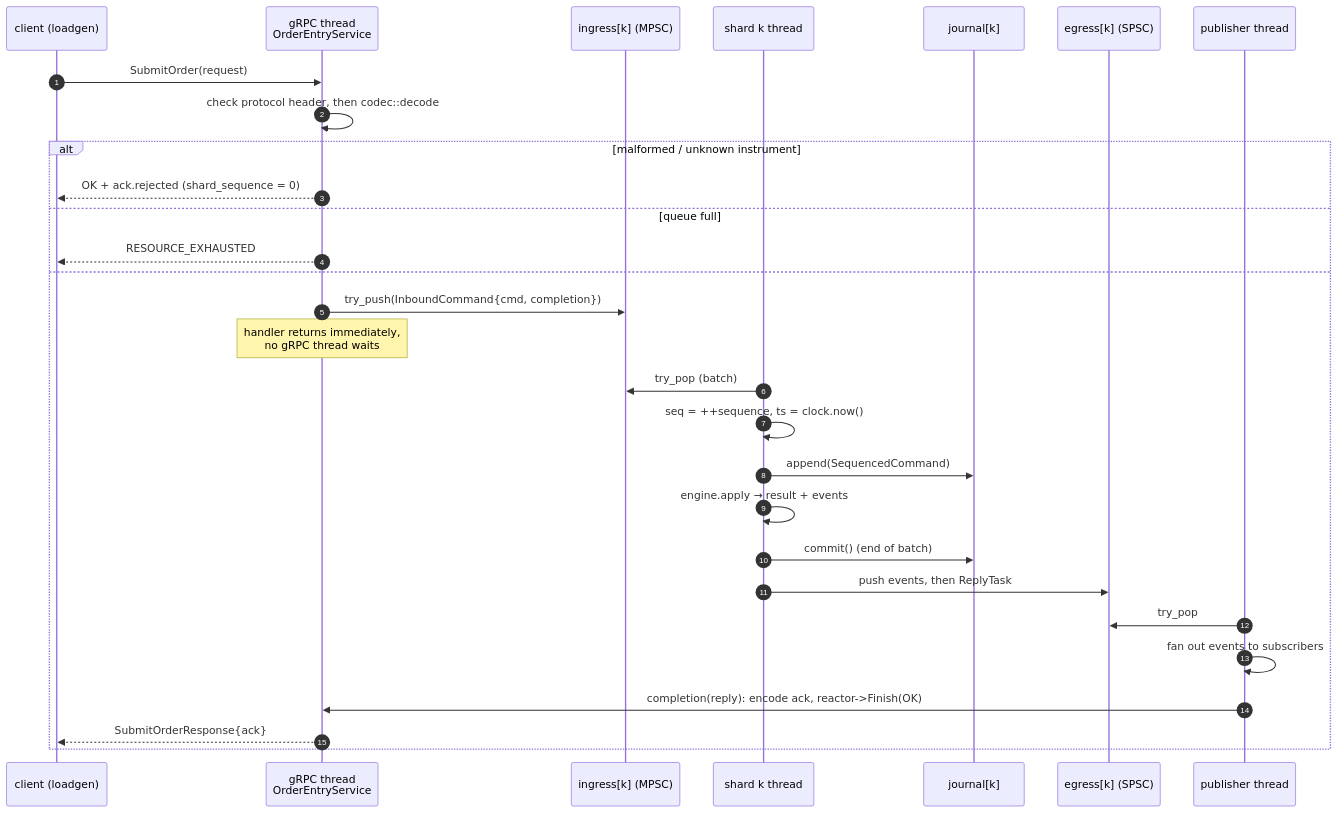
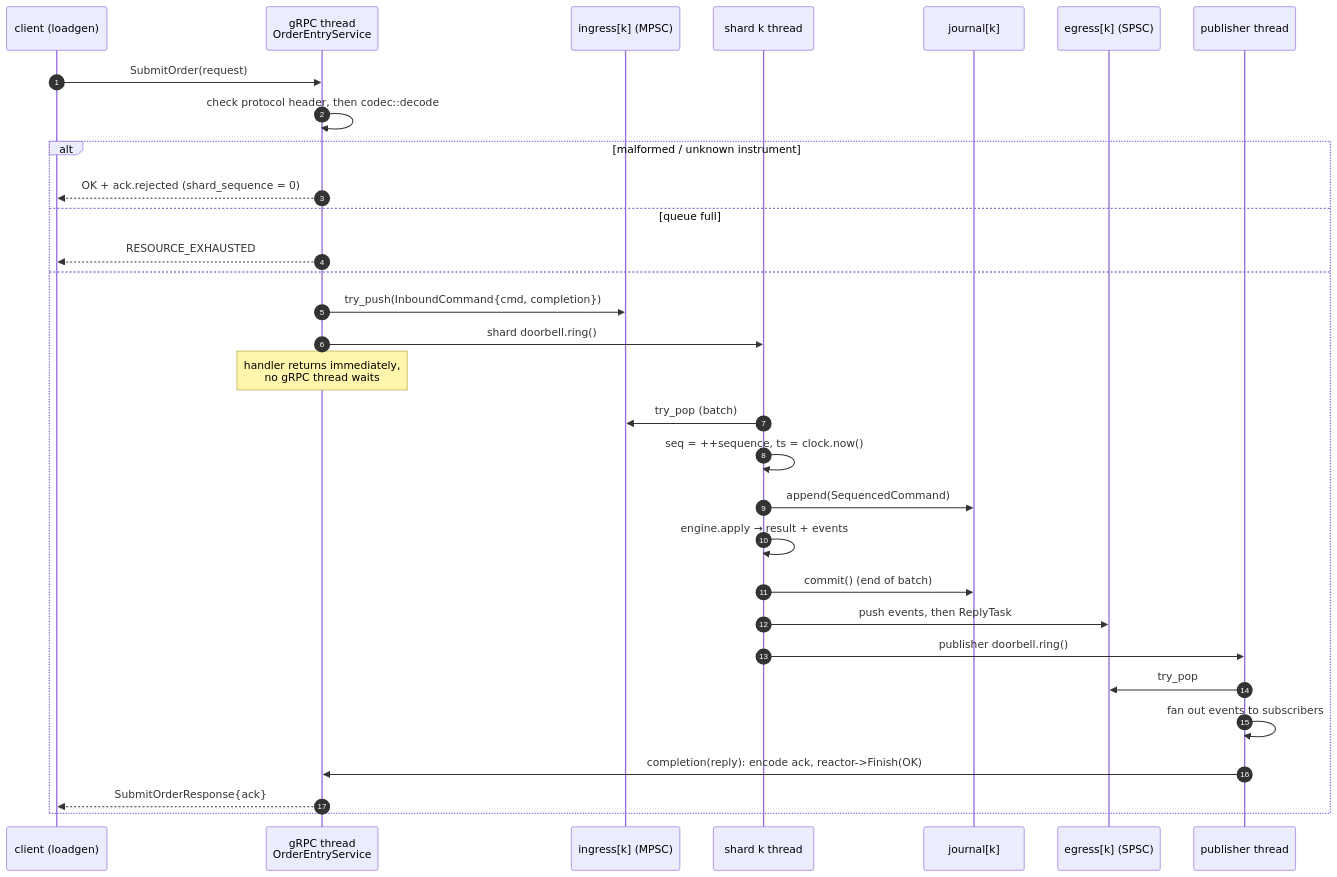
The second of 3 diagrams in docs/architecture/threading-dataflow.md (Tomek52/lockstep-exchange), drawn with Mermaid before and after one commit. The commit also changed other lines of this file and 1 other file, not shown here.

First line of the commit message:
docs(architecture): document the parking idle protocol, tick task 007

````diff
--- a/docs/architecture/threading-dataflow.md
+++ b/docs/architecture/threading-dataflow.md
@@ -58,32 +58,34 @@
 ```mermaid
 sequenceDiagram
     autonumber
     participant C as client (loadgen)
     participant G as gRPC thread<br/>OrderEntryService
     participant I as ingress[k] (MPSC)
     participant S as shard k thread
     participant J as journal[k]
     participant E as egress[k] (SPSC)
     participant P as publisher thread
 
     C->>G: SubmitOrder(request)
     G->>G: check protocol header, then codec::decode
     alt malformed / unknown instrument
         G-->>C: OK + ack.rejected (shard_sequence = 0)
     else queue full
         G-->>C: RESOURCE_EXHAUSTED
     else
         G->>I: try_push(InboundCommand{cmd, completion})
+        G->>S: shard doorbell.ring()
         Note over G: handler returns immediately,<br/>no gRPC thread waits
         S->>I: try_pop (batch)
         S->>S: seq = ++sequence, ts = clock.now()
         S->>J: append(SequencedCommand)
         S->>S: engine.apply → result + events
         S->>J: commit() (end of batch)
         S->>E: push events, then ReplyTask
+        S->>P: publisher doorbell.ring()
         P->>E: try_pop
         P->>P: fan out events to subscribers
         P->>G: completion(reply): encode ack, reactor->Finish(OK)
         G-->>C: SubmitOrderResponse{ack}
     end
 ```
````
